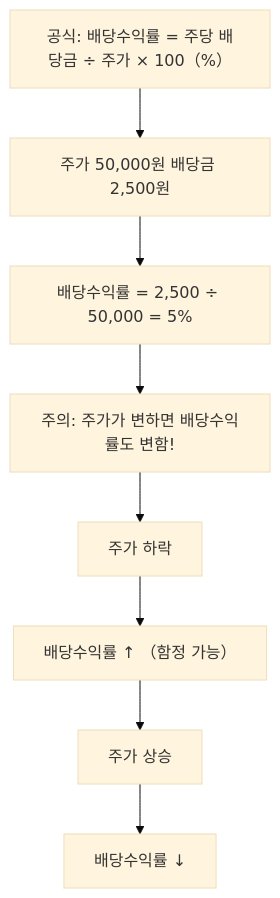
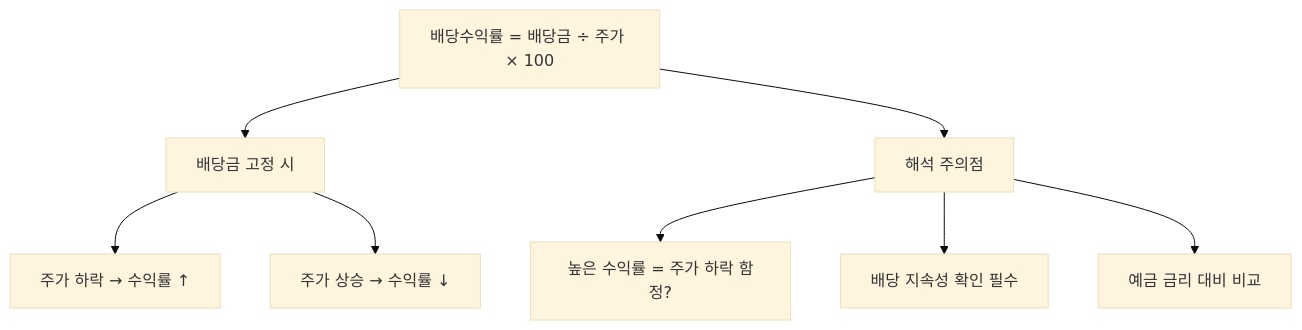
The diagram in content/stock-terms/ko/level-06-events/dividend-yield.md (yeongseon/stock-visual-note), drawn with Mermaid (base theme) before and after one commit. The commit also changed other lines of this file and 96 other files, not shown here.

Commit message:
Rewrite all 98 remaining articles: branching Mermaid diagrams, natural search_intent, compelling seo_titles, clean descriptions

````diff
--- a/content/stock-terms/ko/level-06-events/dividend-yield.md
+++ b/content/stock-terms/ko/level-06-events/dividend-yield.md
@@ -39,18 +39,11 @@
 ```mermaid
 graph TD
-    A0["공식: 배당수익률 = 주당 배당금 ÷ 주가 × 100（%）"]
-    A1["주가 50,000원 배당금 2,500원"]
-    A2["배당수익률 = 2,500 ÷ 50,000 = 5%"]
-    A3["주의: 주가가 변하면 배당수익률도 변함!"]
-    A4["주가 하락"]
-    A5["배당수익률 ↑ （함정 가능）"]
-    A6["주가 상승"]
-    A7["배당수익률 ↓"]
-    A0 --> A1
-    A1 --> A2
-    A2 --> A3
-    A3 --> A4
-    A4 --> A5
-    A5 --> A6
-    A6 --> A7
+    A["배당수익률 = 배당금 ÷ 주가 × 100"]
+    A --> B["배당금 고정 시"]
+    A --> C["해석 주의점"]
+    B --> B1["주가 하락 → 수익률 ↑"]
+    B --> B2["주가 상승 → 수익률 ↓"]
+    C --> C1["높은 수익률 = 주가 하락 함정?"]
+    C --> C2["배당 지속성 확인 필수"]
+    C --> C3["예금 금리 대비 비교"]
 ```
````
